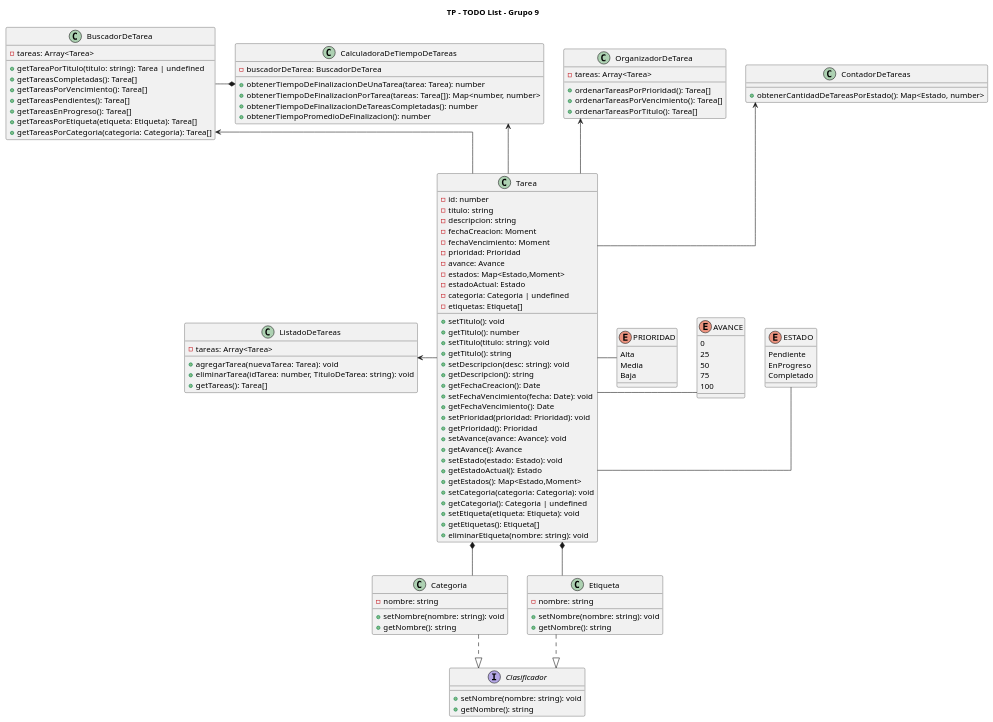
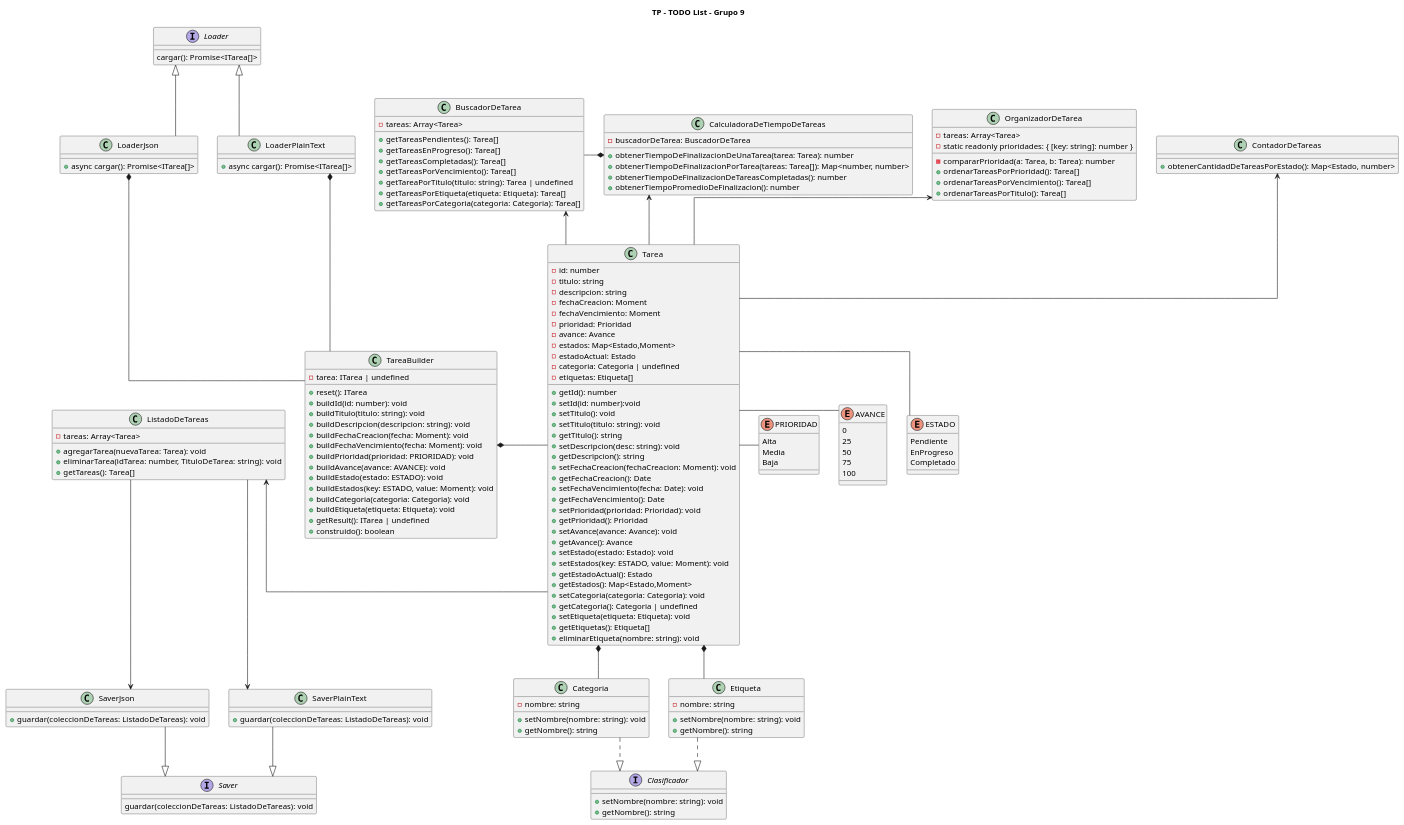
One commit to FrancisLuna/ToDo-POO-Grupo-9 changed the diagram in Diagrama/diagrama.puml. Above: the diagram before and after it, drawn with PlantUML. The commit also changed 10 other files, not shown here.

Commit message:
changes: se actualiza el diagrama

```diff
--- a/Diagrama/diagrama.puml
+++ b/Diagrama/diagrama.puml
@@ -1,133 +1,191 @@
 @startuml ToDoList
 
 title TP - TODO List - Grupo 9
 skinparam lineType ortho
 
 class Tarea{
    - id: number
    - titulo: string
    - descripcion: string
    - fechaCreacion: Moment
    - fechaVencimiento: Moment
    - prioridad: Prioridad
    - avance: Avance
    - estados: Map<Estado,Moment>
    - estadoActual: Estado
    - categoria: Categoria | undefined
    - etiquetas: Etiqueta[]
     
+    + getId(): number
+    + setId(id: number):void
     + setTitulo(): void
-    + getTitulo(): number
     + setTitulo(titulo: string): void
     + getTitulo(): string
     + setDescripcion(desc: string): void
     + getDescripcion(): string
+    + setFechaCreacion(fechaCreacion: Moment): void
     + getFechaCreacion(): Date
     + setFechaVencimiento(fecha: Date): void
     + getFechaVencimiento(): Date
     + setPrioridad(prioridad: Prioridad): void
     + getPrioridad(): Prioridad
     + setAvance(avance: Avance): void
     + getAvance(): Avance
     + setEstado(estado: Estado): void
+    + setEstados(key: ESTADO, value: Moment): void
     + getEstadoActual(): Estado
     + getEstados(): Map<Estado,Moment>
     + setCategoria(categoria: Categoria): void
     + getCategoria(): Categoria | undefined
     + setEtiqueta(etiqueta: Etiqueta): void
     + getEtiquetas(): Etiqueta[]
     + eliminarEtiqueta(nombre: string): void
 }
 
 class ListadoDeTareas{
     - tareas: Array<Tarea>
     + agregarTarea(nuevaTarea: Tarea): void
     + eliminarTarea(idTarea: number, TituloDeTarea: string): void
     + getTareas(): Tarea[]
 }
 
 class BuscadorDeTarea{
     - tareas: Array<Tarea>
 
-    + getTareaPorTitulo(titulo: string): Tarea | undefined
+    + getTareasPendientes(): Tarea[]
+    + getTareasEnProgreso(): Tarea[]
     + getTareasCompletadas(): Tarea[]
     + getTareasPorVencimiento(): Tarea[]
-    + getTareasPendientes(): Tarea[]
-    + getTareasEnProgreso(): Tarea[]
+    + getTareaPorTitulo(titulo: string): Tarea | undefined
     + getTareasPorEtiqueta(etiqueta: Etiqueta): Tarea[]
     + getTareasPorCategoria(categoria: Categoria): Tarea[]
 }
 
 class OrganizadorDeTarea{
     - tareas: Array<Tarea>
+    - static readonly prioridades: { [key: string]: number }
 
+    - compararPrioridad(a: Tarea, b: Tarea): number
     + ordenarTareasPorPrioridad(): Tarea[]
     + ordenarTareasPorVencimiento(): Tarea[]
     + ordenarTareasPorTitulo(): Tarea[]
 }
 
 class CalculadoraDeTiempoDeTareas{
     - buscadorDeTarea: BuscadorDeTarea
 
     + obtenerTiempoDeFinalizacionDeUnaTarea(tarea: Tarea): number
     + obtenerTiempoDeFinalizacionPorTarea(tareas: Tarea[]): Map<number, number>
     + obtenerTiempoDeFinalizacionDeTareasCompletadas(): number
     + obtenerTiempoPromedioDeFinalizacion(): number
 }
 
 class ContadorDeTareas{
     + obtenerCantidadDeTareasPorEstado(): Map<Estado, number>
 }
 
 interface Clasificador{
     + setNombre(nombre: string): void
     + getNombre(): string
 }
 
 class Categoria{
     - nombre: string
     + setNombre(nombre: string): void
     + getNombre(): string
 }
 
 class Etiqueta{
     - nombre: string
     + setNombre(nombre: string): void
     + getNombre(): string
 }
 
 ENUM ESTADO{
     Pendiente
     EnProgreso
     Completado
 }
 
 ENUM AVANCE{
     0
     25
     50
     75
     100
 }
 
 ENUM PRIORIDAD{
     Alta
     Media
     Baja
 }
 
+interface Saver{
+    guardar(coleccionDeTareas: ListadoDeTareas): void
+}
+
+class SaverJson{
+    + guardar(coleccionDeTareas: ListadoDeTareas): void
+}
+
+class SaverPlainText{
+    + guardar(coleccionDeTareas: ListadoDeTareas): void
+}
+
+class TareaBuilder{
+    - tarea: ITarea | undefined
+
+    + reset(): ITarea
+    + buildId(id: number): void
+    + buildTitulo(titulo: string): void
+    + buildDescripcion(descripcion: string): void
+    + buildFechaCreacion(fecha: Moment): void
+    + buildFechaVencimiento(fecha: Moment): void
+    + buildPrioridad(prioridad: PRIORIDAD): void
+    + buildAvance(avance: AVANCE): void
+    + buildEstado(estado: ESTADO): void
+    + buildEstados(key: ESTADO, value: Moment): void
+    + buildCategoria(categoria: Categoria): void
+    + buildEtiqueta(etiqueta: Etiqueta): void
+    + getResult(): ITarea | undefined
+    + construido(): boolean
+}
+
+interface Loader{
+    cargar(): Promise<ITarea[]>
+}
+
+class LoaderJson{
+    + async cargar(): Promise<ITarea[]>
+}
+
+class LoaderPlainText{
+    + async cargar(): Promise<ITarea[]>
+}
+
 CalculadoraDeTiempoDeTareas <-- Tarea
 ContadorDeTareas <-- Tarea
 OrganizadorDeTarea <-- Tarea
 BuscadorDeTarea <-- Tarea
 
 Categoria ..|> Clasificador
 Etiqueta ..|> Clasificador
 Tarea *-- Categoria
 Tarea *-- Etiqueta
 Tarea -left-> ListadoDeTareas
 Tarea -right- ESTADO
 Tarea -right- AVANCE
 Tarea -right- PRIORIDAD
 CalculadoraDeTiempoDeTareas *-left- BuscadorDeTarea
+ListadoDeTareas --> SaverJson
+ListadoDeTareas --> SaverPlainText
+SaverJson --|> Saver
+SaverPlainText --|> Saver
+TareaBuilder *-right- Tarea
+LoaderJson *-- TareaBuilder
+LoaderPlainText *-- TareaBuilder
+Loader <|-- LoaderJson
+Loader <|-- LoaderPlainText
+
 @enduml
```
